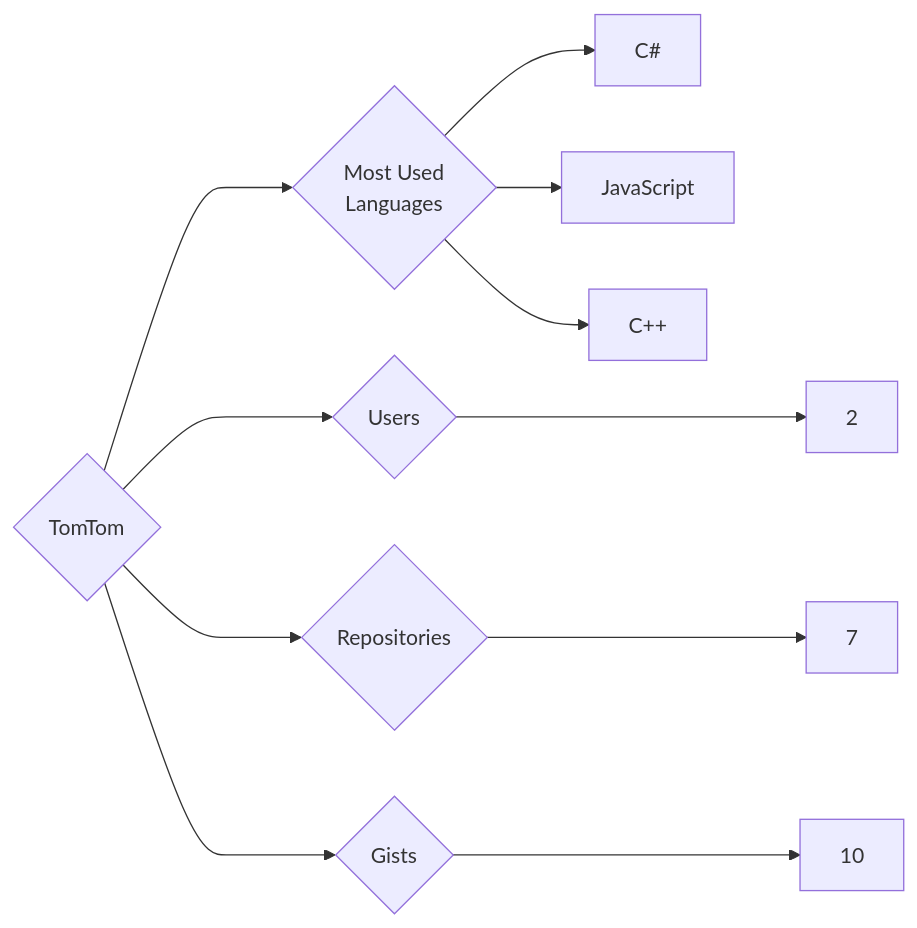
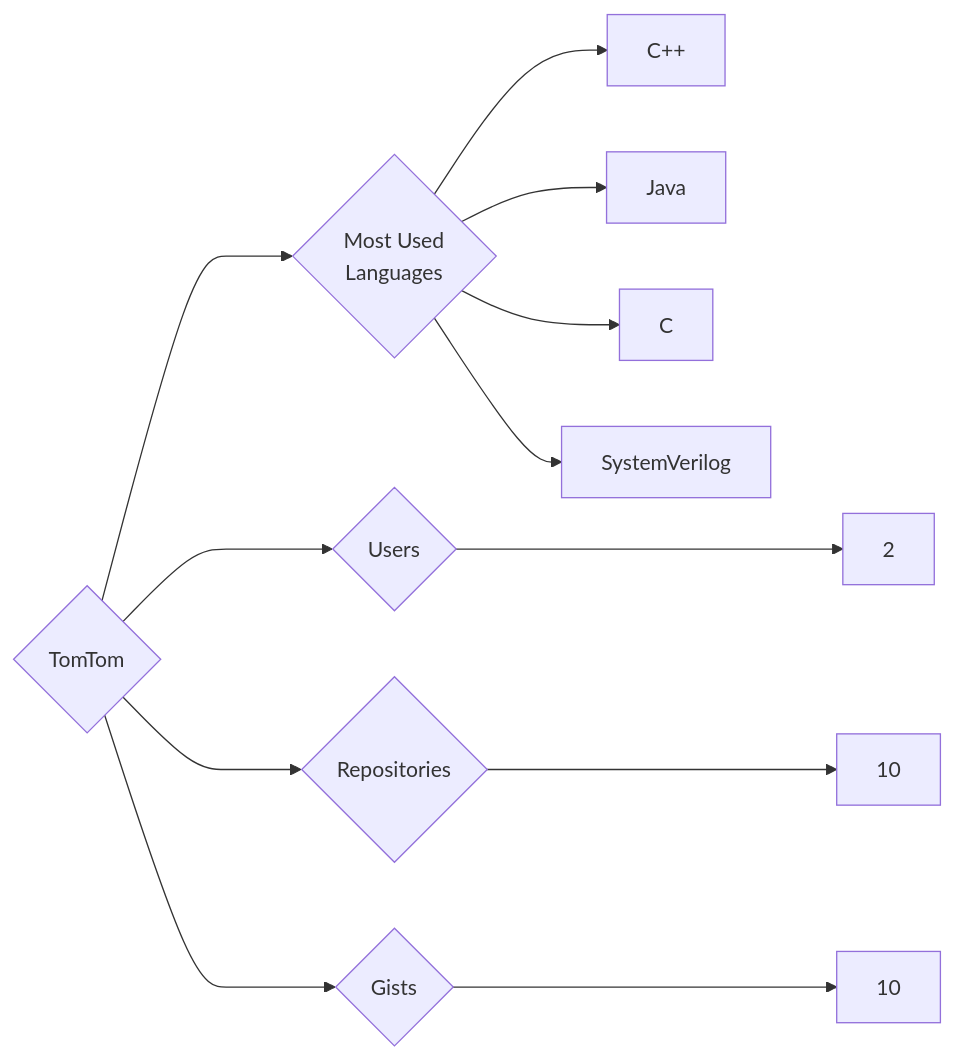
One commit to trickest/insiders changed the diagram in targets/TomTom/README.md. Above: the diagram before and after it, drawn with Mermaid. The commit also changed 1496 other files, not shown here.

````diff
--- a/targets/TomTom/README.md
+++ b/targets/TomTom/README.md
@@ -3,11 +3,12 @@
 ```mermaid
 graph LR
 COMPANY_NAME{TomTom}
 COMPANY_NAME ---> U{Users} ---> UN[2]
-COMPANY_NAME ---> R{Repositories} ---> RN[7]
+COMPANY_NAME ---> R{Repositories} ---> RN[10]
 COMPANY_NAME ---> G{Gists} ---> GN[10]
 COMPANY_NAME ---> ML{Most Used<br>Languages}
-ML --> C#[C#]
-ML --> JavaScript[JavaScript]
 ML --> C++[C++]
+ML --> Java[Java]
+ML --> C[C]
+ML --> SystemVerilog[SystemVerilog]
 ```
````
